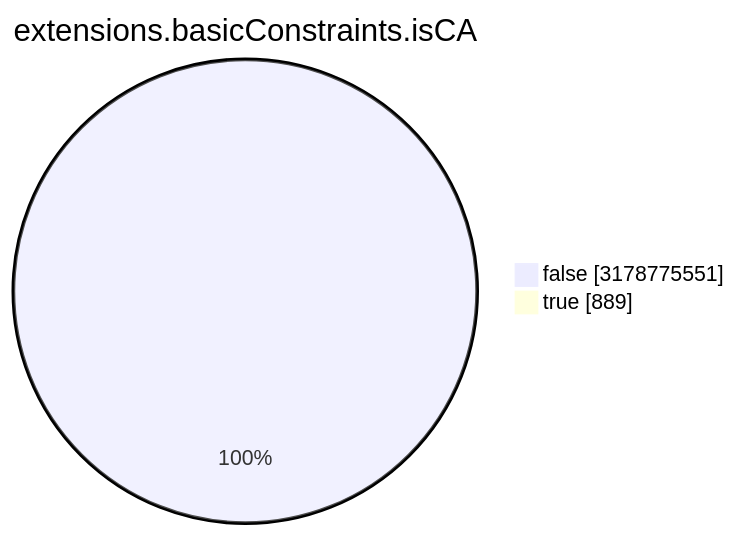
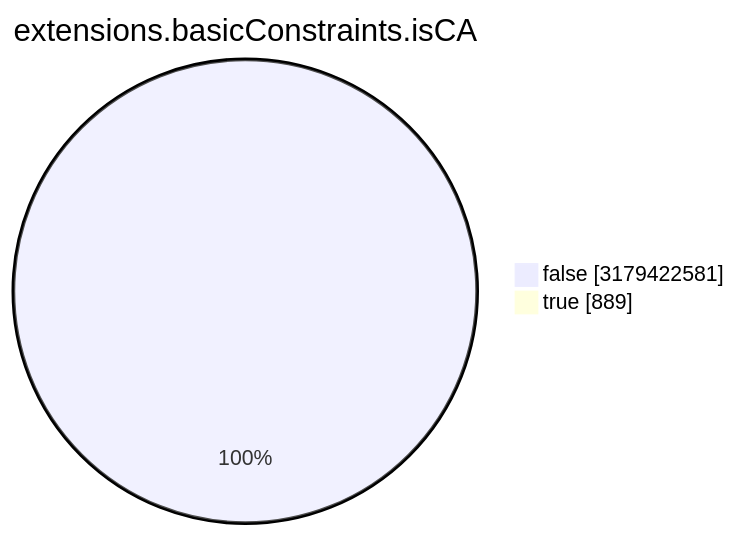
The seventh of 15 diagrams in TOTAL/README.md (christiankrug/ctmonitor_visualization), drawn with Mermaid before and after one commit. The commit also changed other lines of this file, not shown here.

````diff
--- a/TOTAL/README.md
+++ b/TOTAL/README.md
@@ -3088,6 +3088,6 @@
 ```mermaid
 pie showData
 title extensions.basicConstraints.isCA
-"false" :3178775551
+"false" :3179422581
 "true" :889
 ```
````
